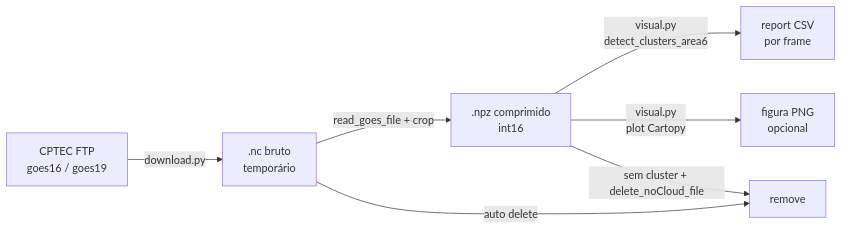
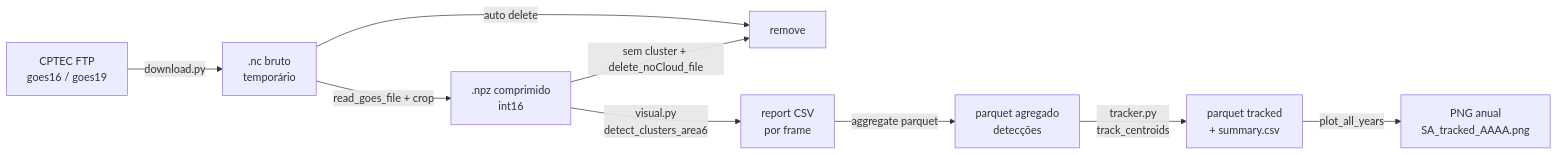
One commit to hisahon/goes-data-pipeline changed the diagram in README.md. Above: the diagram before and after it, drawn with Mermaid. The commit also changed other lines of this file and 3 other files, not shown here.

````diff
--- a/README.md
+++ b/README.md
@@ -56,9 +62,11 @@
 ```mermaid
 flowchart LR
     A[CPTEC FTP<br/>goes16 / goes19] -->|download.py| B[.nc bruto<br/>temporário]
     B -->|read_goes_file + crop| C[.npz comprimido<br/>int16]
     B -->|auto delete| X[remove]
     C -->|visual.py<br/>detect_clusters_area6| D[report CSV<br/>por frame]
-    C -->|visual.py<br/>plot Cartopy| E[figura PNG<br/>opcional]
     C -->|sem cluster + delete_noCloud_file| X
+    D -->|aggregate parquet| F[parquet agregado<br/>detecções]
+    F -->|tracker.py<br/>track_centroids| G[parquet tracked<br/>+ summary.csv]
+    G -->|plot_all_years| H[PNG anual<br/>SA_tracked_AAAA.png]
 ```
````
